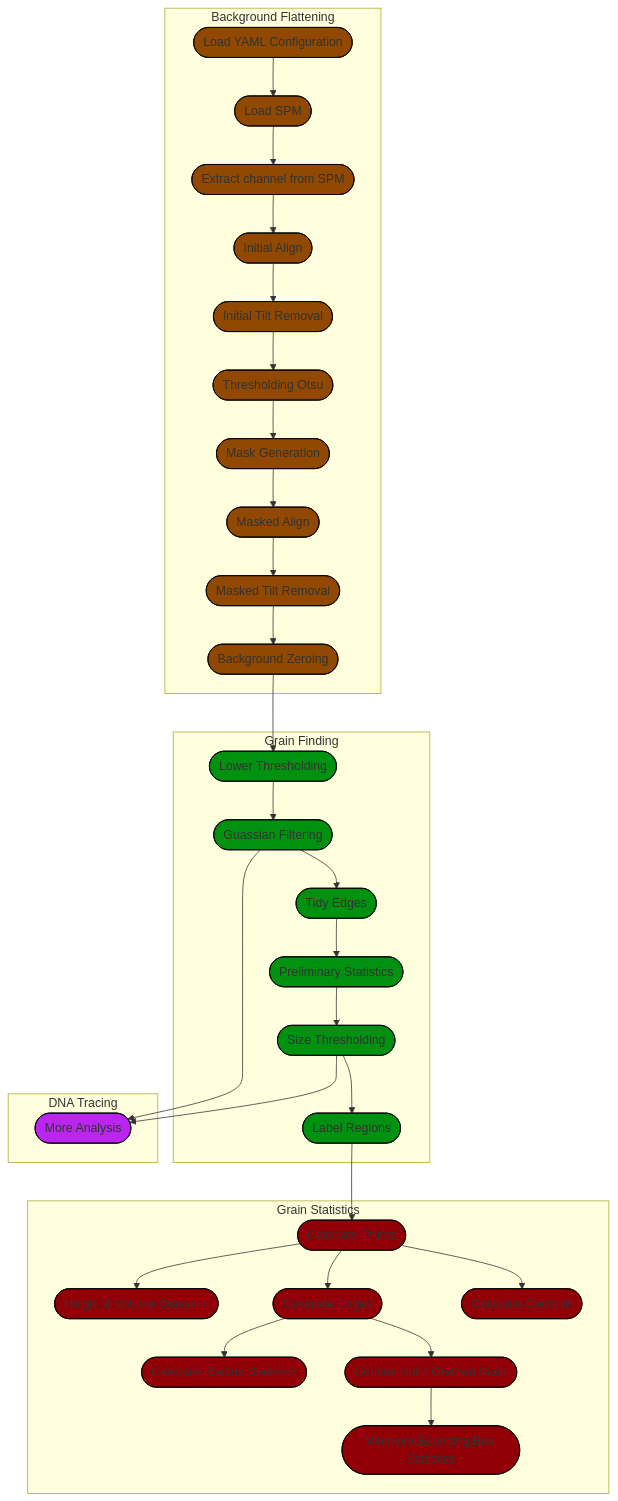
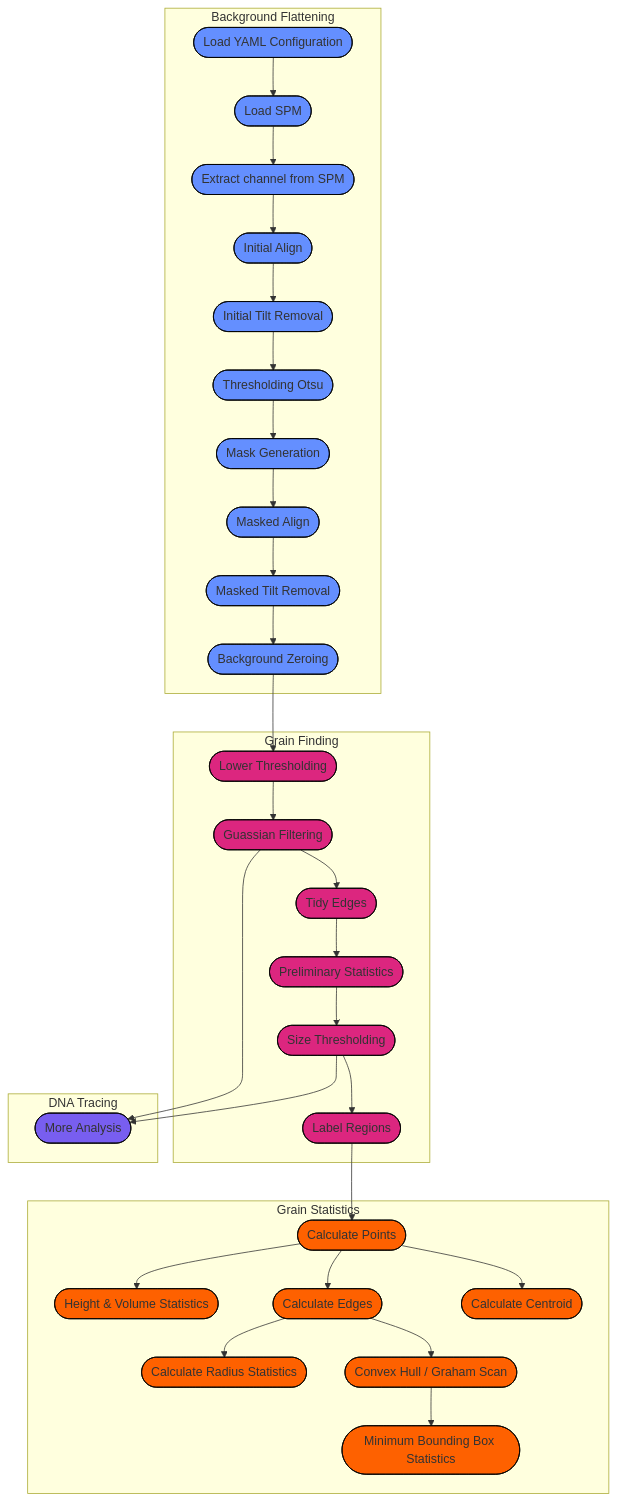
Before and after one commit to AFM-SPM/TopoStats: the diagram in docs/workflow.md, drawn with Mermaid.

Commit message:
Suggestion: Update colour scheme to adhere to IBM standard for colourblindness

````diff
--- a/docs/workflow.md
+++ b/docs/workflow.md
@@ -12,63 +12,63 @@
 ```{mermaid}
 %%{init: {'theme': 'base',
          }
 }%%
 graph TD;
 
   subgraph Background Flattening
   A1([Load YAML Configuration]) --> A2([Load SPM])
   A2 --> A3([Extract channel from SPM])
   A3 --> A4([Initial Align])
   A4 --> A5([Initial Tilt Removal])
   A5 --> A6([Thresholding Otsu])
   A6 --> A7([Mask Generation])
   A7 --> A8([Masked Align])
   A8 --> A9([Masked Tilt Removal])
   A9 --> A10([Background Zeroing])
   end
   subgraph Grain Finding
   A10 --> B1([Lower Thresholding])
   B1 --> B2([Guassian Filtering])
   B2 --> B3([Tidy Edges])
   B3 --> B4([Preliminary Statistics])
   B4 --> B5([Size Thresholding])
   B5 --> B6([Label Regions])
   end
   subgraph Grain Statistics
   B6 --> C2([Calculate Points])
   C2 --> C8([Height & Volume Statistics])
   C2 --> C3([Calculate Edges])
   C2 --> C4([Calculate Centroid])
   C3 --> C5([Calculate Radius Statistics])
   C3 --> C6([Convex Hull / Graham Scan])
   C6 --> C7([Minimum Bounding Box Statistics])
   end
   subgraph DNA Tracing
   B2 --> D1([More Analysis])
   B5 --> D1
   end
-  style A1 fill:#914800,stroke:#000000
-  style A2 fill:#914800,stroke:#000000
-  style A3 fill:#914800,stroke:#000000
-  style A4 fill:#914800,stroke:#000000
-  style A5 fill:#914800,stroke:#000000
-  style A6 fill:#914800,stroke:#000000
-  style A7 fill:#914800,stroke:#000000
-  style A8 fill:#914800,stroke:#000000
-  style A9 fill:#914800,stroke:#000000
-  style A10 fill:#914800,stroke:#000000
-  style B1 fill:#009110,stroke:#000000
-  style B2 fill:#009110,stroke:#000000
-  style B3 fill:#009110,stroke:#000000
-  style B4 fill:#009110,stroke:#000000
-  style B5 fill:#009110,stroke:#000000
-  style B6 fill:#009110,stroke:#000000
-  style C2 fill:#910007,stroke:#000000
-  style C3 fill:#910007,stroke:#000000
-  style C4 fill:#910007,stroke:#000000
-  style C5 fill:#910007,stroke:#000000
-  style C6 fill:#910007,stroke:#000000
-  style C7 fill:#910007,stroke:#000000
-  style C8 fill:#910007,stroke:#000000
-  style D1 fill:#ba26f0,stroke:#000000
+  style A1 fill:#648FFF,stroke:#000000
+  style A2 fill:#648FFF,stroke:#000000
+  style A3 fill:#648FFF,stroke:#000000
+  style A4 fill:#648FFF,stroke:#000000
+  style A5 fill:#648FFF,stroke:#000000
+  style A6 fill:#648FFF,stroke:#000000
+  style A7 fill:#648FFF,stroke:#000000
+  style A8 fill:#648FFF,stroke:#000000
+  style A9 fill:#648FFF,stroke:#000000
+  style A10 fill:#648FFF,stroke:#000000
+  style B1 fill:#DC267F,stroke:#000000
+  style B2 fill:#DC267F,stroke:#000000
+  style B3 fill:#DC267F,stroke:#000000
+  style B4 fill:#DC267F,stroke:#000000
+  style B5 fill:#DC267F,stroke:#000000
+  style B6 fill:#DC267F,stroke:#000000
+  style C2 fill:#FE6100,stroke:#000000
+  style C3 fill:#FE6100,stroke:#000000
+  style C4 fill:#FE6100,stroke:#000000
+  style C5 fill:#FE6100,stroke:#000000
+  style C6 fill:#FE6100,stroke:#000000
+  style C7 fill:#FE6100,stroke:#000000
+  style C8 fill:#FE6100,stroke:#000000
+  style D1 fill:#785EF0,stroke:#000000
 ```
````
